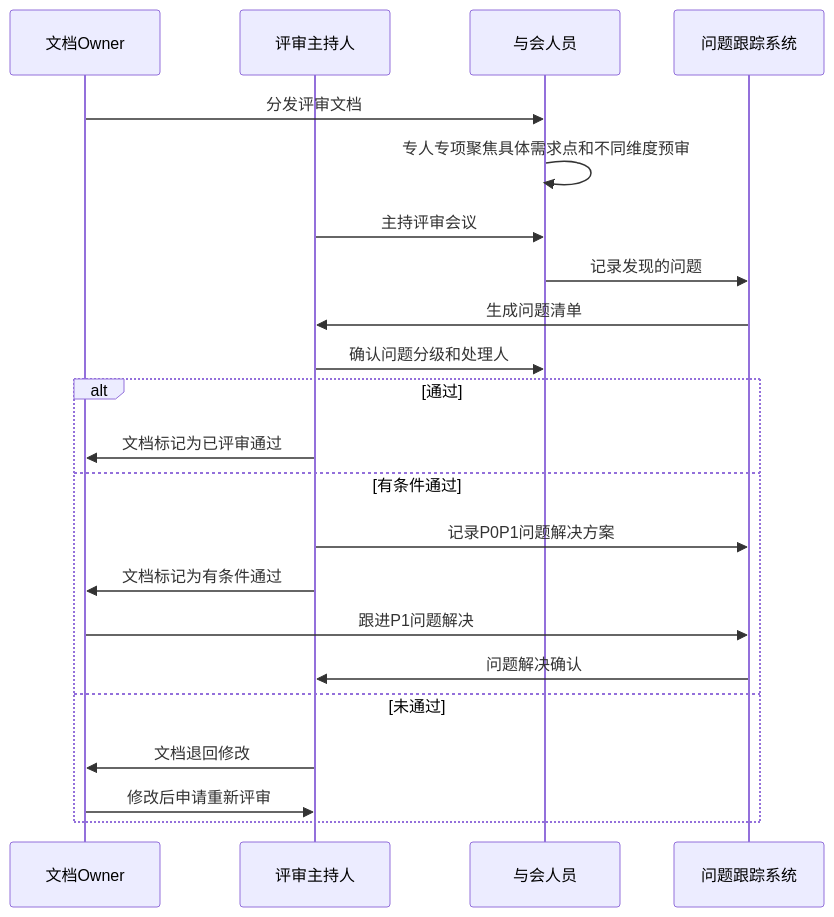
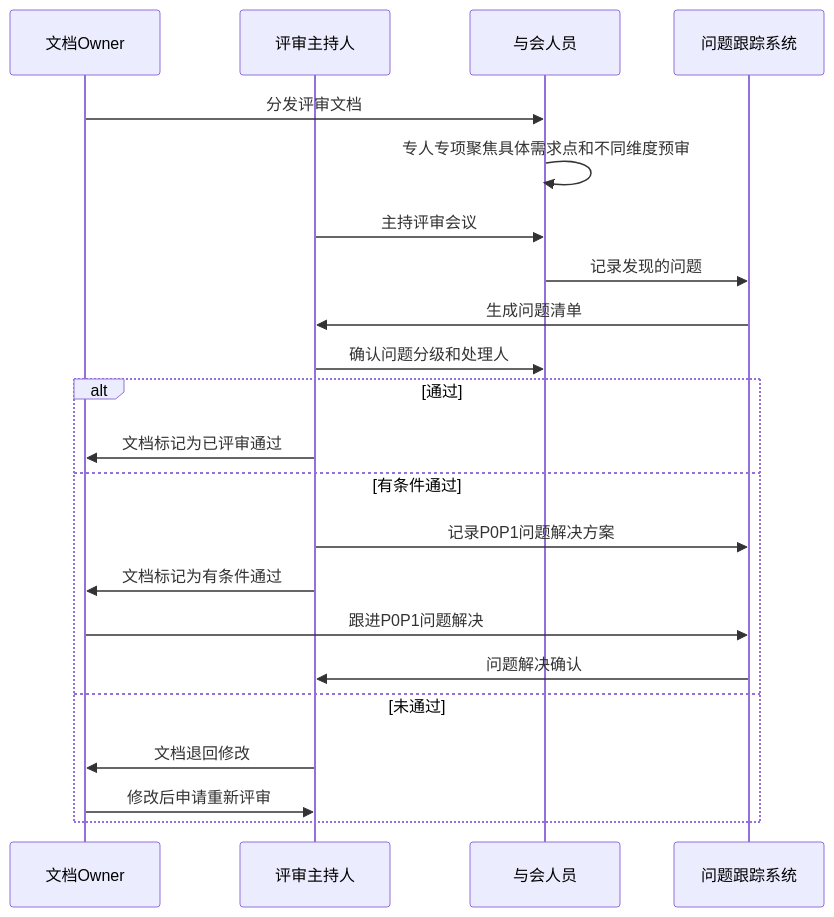
Before and after one commit to Taskon-xyz/PR: diagram 11 of 11 in 开发流程图.md, drawn with Mermaid. The commit also changed 1 other file, not shown here.

````diff
--- a/开发流程图.md
+++ b/开发流程图.md
@@ -270,26 +270,26 @@
 ```mermaid
 sequenceDiagram
     participant D as 文档Owner
     participant A as 评审主持人
     participant B as 与会人员
     participant C as 问题跟踪系统
   
     D->>B: 分发评审文档
     B->>B: 专人专项聚焦具体需求点和不同维度预审
     A->>B: 主持评审会议
     B->>C: 记录发现的问题
     C->>A: 生成问题清单
     A->>B: 确认问题分级和处理人
   
     alt 通过
         A->>D: 文档标记为已评审通过
     else 有条件通过
         A->>C: 记录P0P1问题解决方案
         A->>D: 文档标记为有条件通过
-        D->>C: 跟进P1问题解决
+        D->>C: 跟进P0P1问题解决
         C->>A: 问题解决确认
     else 未通过
         A->>D: 文档退回修改
         D->>A: 修改后申请重新评审
     end
 ```
````
